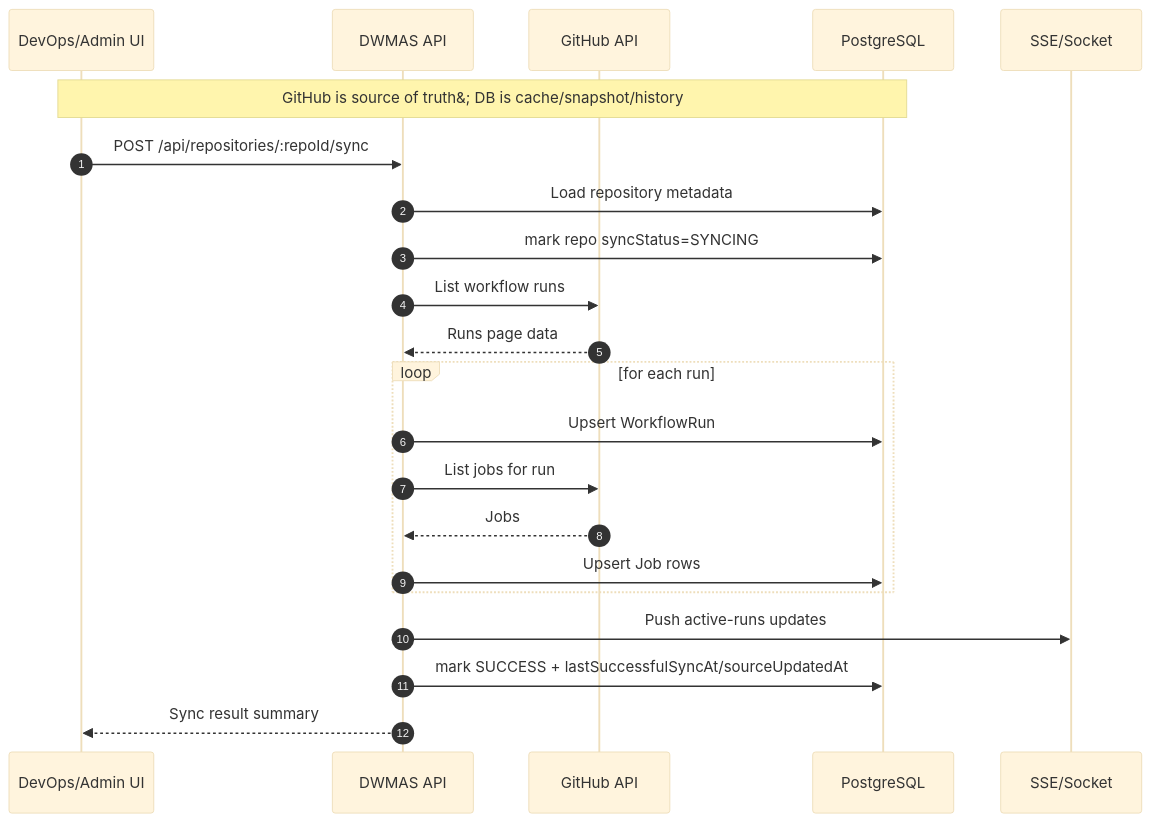
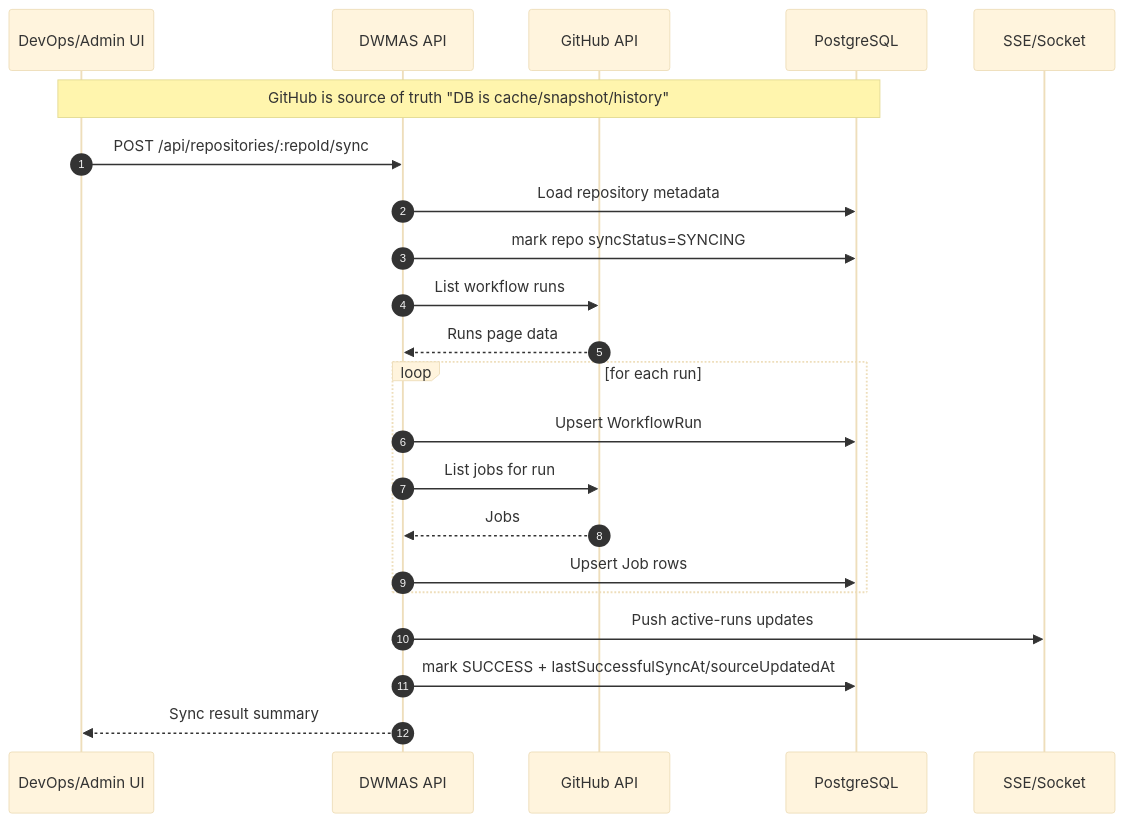
The diagram in docs/workflow-sync-sequence.md (yeborisov/dwmas), drawn with Mermaid (base theme) before and after one commit.

Commit message:
fix: correct syntax for note in workflow sync sequence diagram

````diff
--- a/docs/workflow-sync-sequence.md
+++ b/docs/workflow-sync-sequence.md
@@ -3,26 +3,26 @@
 ```mermaid
 sequenceDiagram
   autonumber
   participant UI as DevOps/Admin UI
   participant API as DWMAS API
   participant GH as GitHub API
   participant DB as PostgreSQL
   participant RT as SSE/Socket
 
-  Note over UI,DB: GitHub is source of truth&#59; DB is cache/snapshot/history
+  Note over UI,DB: GitHub is source of truth "DB is cache/snapshot/history"
 
   UI->>API: POST /api/repositories/:repoId/sync
   API->>DB: Load repository metadata
   API->>DB: mark repo syncStatus=SYNCING
   API->>GH: List workflow runs
   GH-->>API: Runs page data
   loop for each run
     API->>DB: Upsert WorkflowRun
     API->>GH: List jobs for run
     GH-->>API: Jobs
     API->>DB: Upsert Job rows
   end
   API->>RT: Push active-runs updates
   API->>DB: mark SUCCESS + lastSuccessfulSyncAt/sourceUpdatedAt
   API-->>UI: Sync result summary
 ```
````
